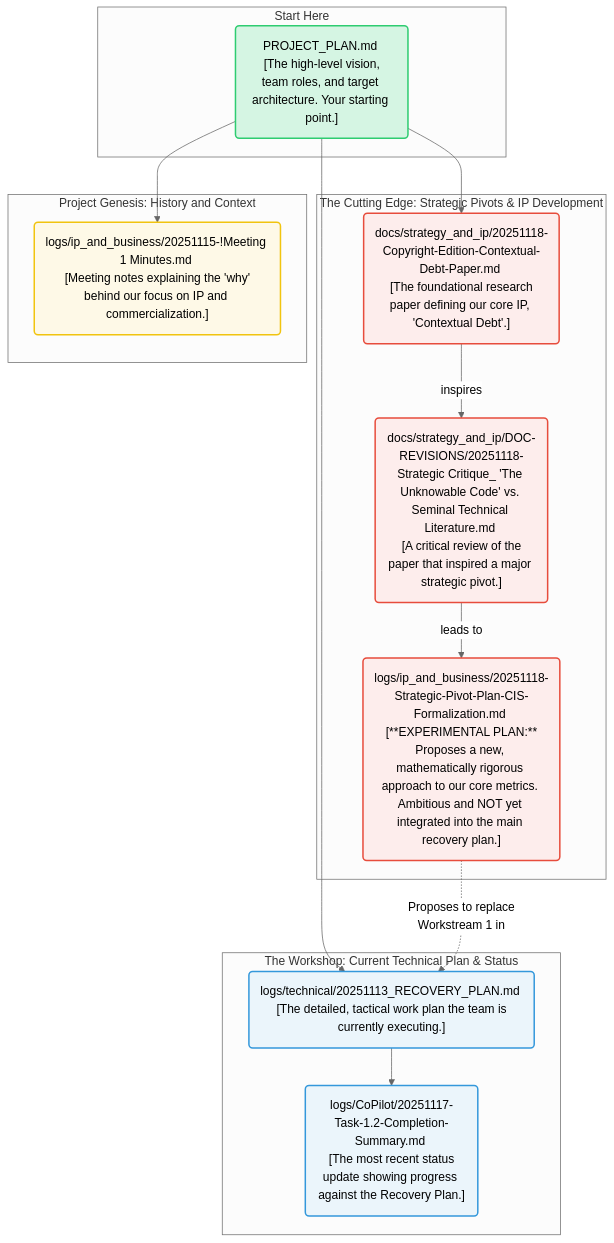
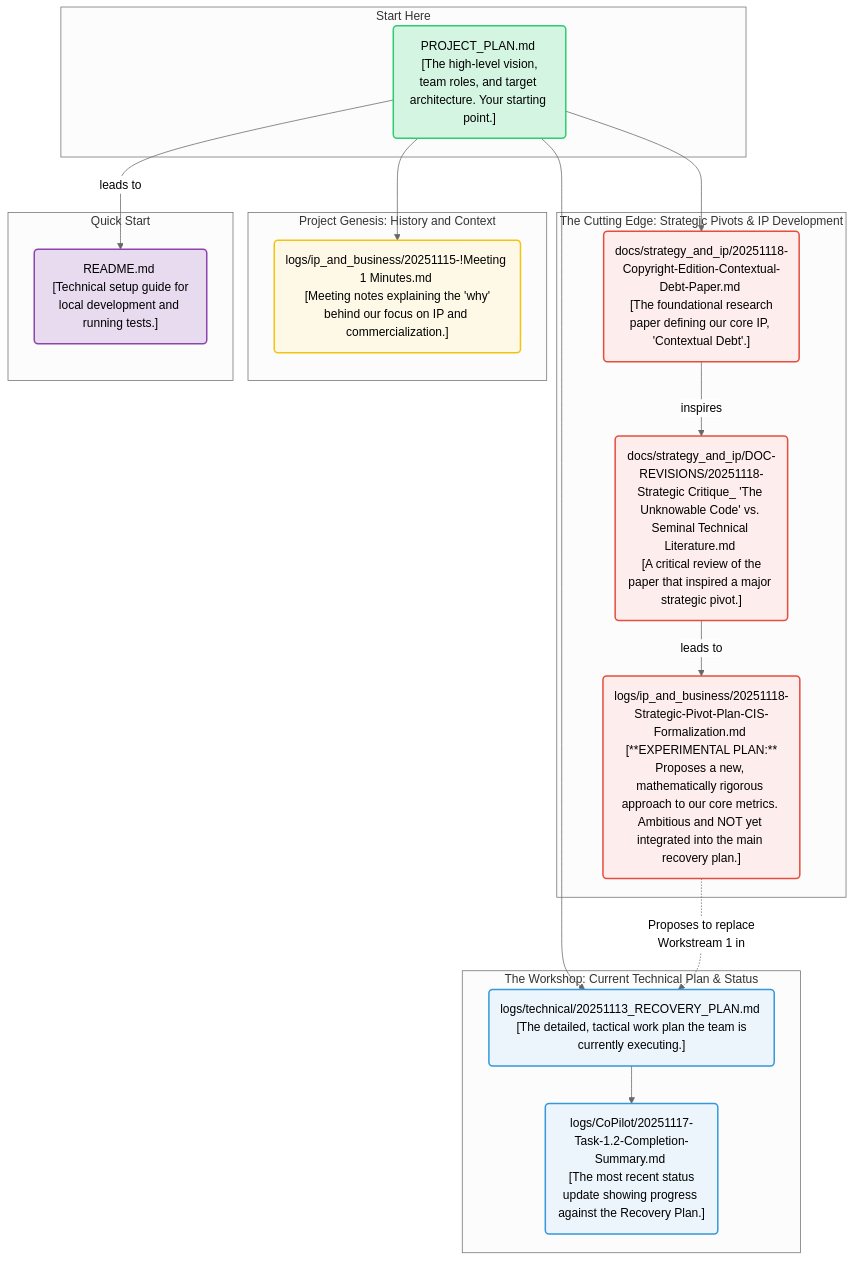
The diagram in logs/20251118-Strategic-Master-Log.md (joshhickson/LogoMesh), drawn with Mermaid (neutral theme) before and after one commit. The commit also changed other lines of this file, not shown here.

````diff
--- a/logs/20251118-Strategic-Master-Log.md
+++ b/logs/20251118-Strategic-Master-Log.md
@@ -15,41 +15,49 @@
 ```mermaid
 graph TD
     subgraph "Start Here"
         A("PROJECT_PLAN.md <br> [The high-level vision, team roles, and target architecture. Your starting point.]")
     end
 
     subgraph "The Workshop: Current Technical Plan & Status"
         B("logs/technical/20251113_RECOVERY_PLAN.md <br> [The detailed, tactical work plan the team is currently executing.]")
         C("logs/CoPilot/20251117-Task-1.2-Completion-Summary.md <br> [The most recent status update showing progress against the Recovery Plan.]")
     end
 
     subgraph "The Cutting Edge: Strategic Pivots & IP Development"
         D("docs/strategy_and_ip/20251118-Copyright-Edition-Contextual-Debt-Paper.md <br> [The foundational research paper defining our core IP, 'Contextual Debt'.]")
         E("docs/strategy_and_ip/DOC-REVISIONS/20251118-Strategic Critique_ 'The Unknowable Code' vs. Seminal Technical Literature.md <br> [A critical review of the paper that inspired a major strategic pivot.]")
         F("logs/ip_and_business/20251118-Strategic-Pivot-Plan-CIS-Formalization.md <br> [**EXPERIMENTAL PLAN:** Proposes a new, mathematically rigorous approach to our core metrics. Ambitious and NOT yet integrated into the main recovery plan.]")
     end
 
     subgraph "Project Genesis: History and Context"
         G("logs/ip_and_business/20251115-!Meeting 1 Minutes.md <br> [Meeting notes explaining the 'why' behind our focus on IP and commercialization.]")
     end
 
+    subgraph "Quick Start"
+        H("README.md <br> [Technical setup guide for local development and running tests.]")
+    end
+
     %% Define the connections
     A --> B;
     A --> D;
     A --> G;
+    A -- leads to --> H;
     B --> C;
     D -- inspires --> E;
     E -- leads to --> F;
     F -.->|Proposes to replace<br>Workstream 1 in| B;
 
     %% Styling
     classDef start fill:#D5F5E3,stroke:#2ECC71,stroke-width:2px;
     classDef workshop fill:#EBF5FB,stroke:#3498DB,stroke-width:2px;
     classDef cuttingEdge fill:#FDEDEC,stroke:#E74C3C,stroke-width:2px;
     classDef genesis fill:#FEF9E7,stroke:#F1C40F,stroke-width:2px;
+    classDef quickstart fill:#E8DAEF,stroke:#8E44AD,stroke-width:2px;
+
 
     class A start;
     class B,C workshop;
     class D,E,F cuttingEdge;
     class G genesis;
+    class H quickstart;
 ```
````
